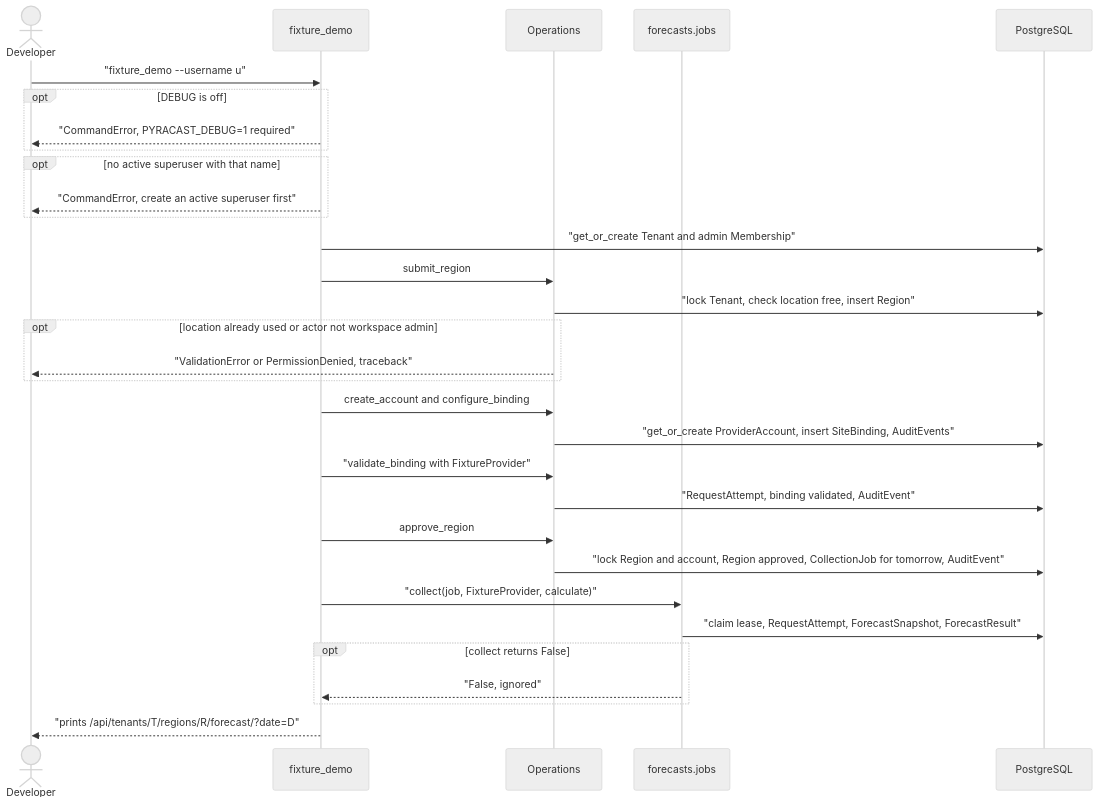
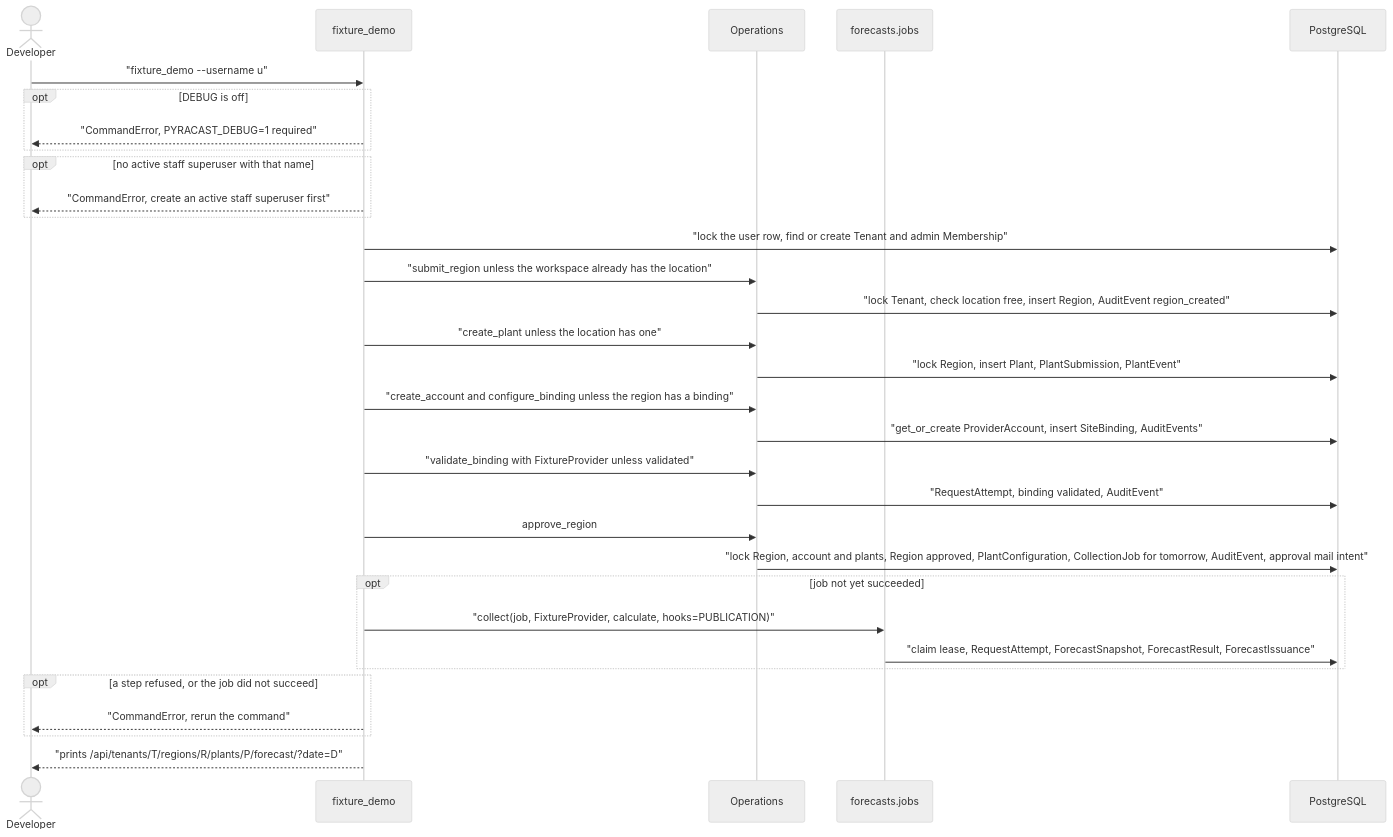
Before and after one commit to erkurtharun/pyracast: the diagram in docs/flows/fixture-demo.md, drawn with Mermaid (neutral theme). The commit also changed other lines of this file and 85 other files, not shown here.

First line of the commit message:
Bring the flow pages in line with the code (#107)

````diff
--- a/docs/flows/fixture-demo.md
+++ b/docs/flows/fixture-demo.md
@@ -12,33 +12,34 @@
 ```mermaid
 sequenceDiagram
     actor Dev as Developer
     participant C as fixture_demo
     participant O as Operations
     participant J as forecasts.jobs
     participant DB as PostgreSQL
     Dev->>C: "fixture_demo --username u"
     opt DEBUG is off
         C-->>Dev: "CommandError, PYRACAST_DEBUG=1 required"
     end
-    opt no active superuser with that name
-        C-->>Dev: "CommandError, create an active superuser first"
+    opt no active staff superuser with that name
+        C-->>Dev: "CommandError, create an active staff superuser first"
     end
-    C->>DB: "get_or_create Tenant and admin Membership"
-    C->>O: submit_region
-    O->>DB: "lock Tenant, check location free, insert Region"
-    opt location already used or actor not workspace admin
-        O-->>Dev: "ValidationError or PermissionDenied, traceback"
-    end
-    C->>O: create_account and configure_binding
+    C->>DB: "lock the user row, find or create Tenant and admin Membership"
+    C->>O: "submit_region unless the workspace already has the location"
+    O->>DB: "lock Tenant, check location free, insert Region, AuditEvent region_created"
+    C->>O: "create_plant unless the location has one"
+    O->>DB: "lock Region, insert Plant, PlantSubmission, PlantEvent"
+    C->>O: "create_account and configure_binding unless the region has a binding"
     O->>DB: "get_or_create ProviderAccount, insert SiteBinding, AuditEvents"
-    C->>O: "validate_binding with FixtureProvider"
+    C->>O: "validate_binding with FixtureProvider unless validated"
     O->>DB: "RequestAttempt, binding validated, AuditEvent"
     C->>O: approve_region
-    O->>DB: "lock Region and account, Region approved, CollectionJob for tomorrow, AuditEvent"
-    C->>J: "collect(job, FixtureProvider, calculate)"
-    J->>DB: "claim lease, RequestAttempt, ForecastSnapshot, ForecastResult"
-    opt collect returns False
-        J-->>C: "False, ignored"
+    O->>DB: "lock Region, account and plants, Region approved, PlantConfiguration, CollectionJob for tomorrow, AuditEvent, approval mail intent"
+    opt job not yet succeeded
+        C->>J: "collect(job, FixtureProvider, calculate, hooks=PUBLICATION)"
+        J->>DB: "claim lease, RequestAttempt, ForecastSnapshot, ForecastResult, ForecastIssuance"
     end
-    C-->>Dev: "prints /api/tenants/T/regions/R/forecast/?date=D"
+    opt a step refused, or the job did not succeed
+        C-->>Dev: "CommandError, rerun the command"
+    end
+    C-->>Dev: "prints /api/tenants/T/regions/R/plants/P/forecast/?date=D"
 ```
````
